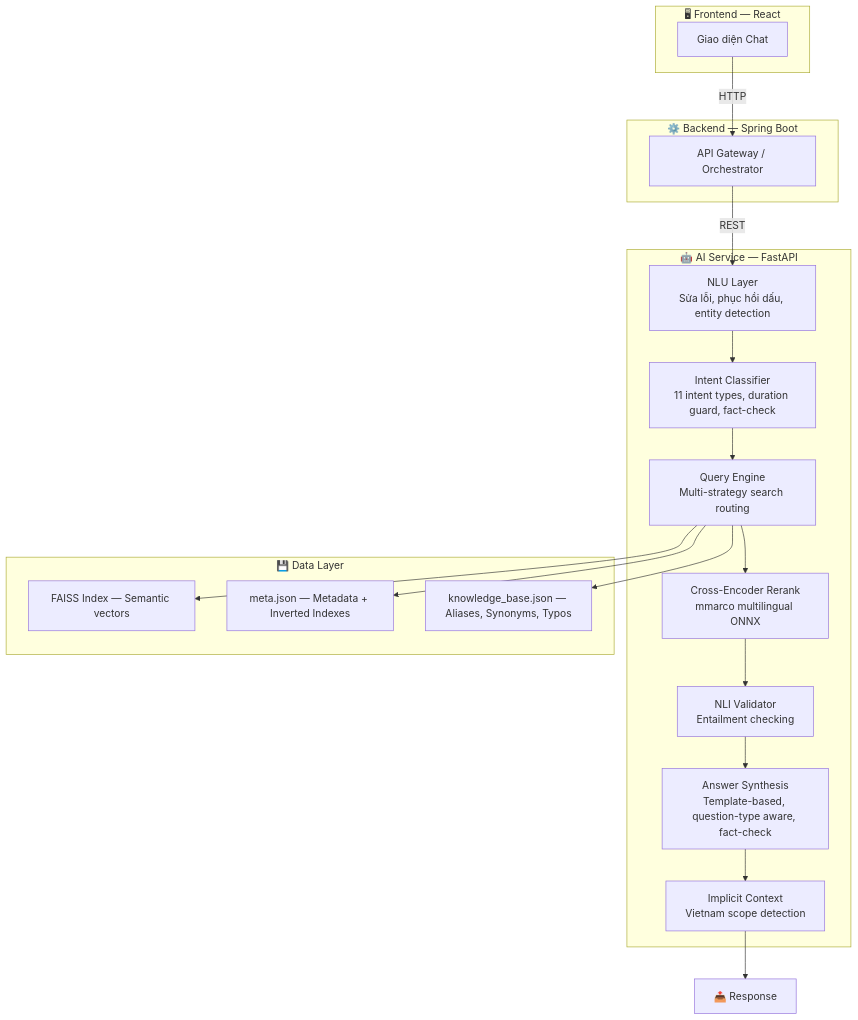
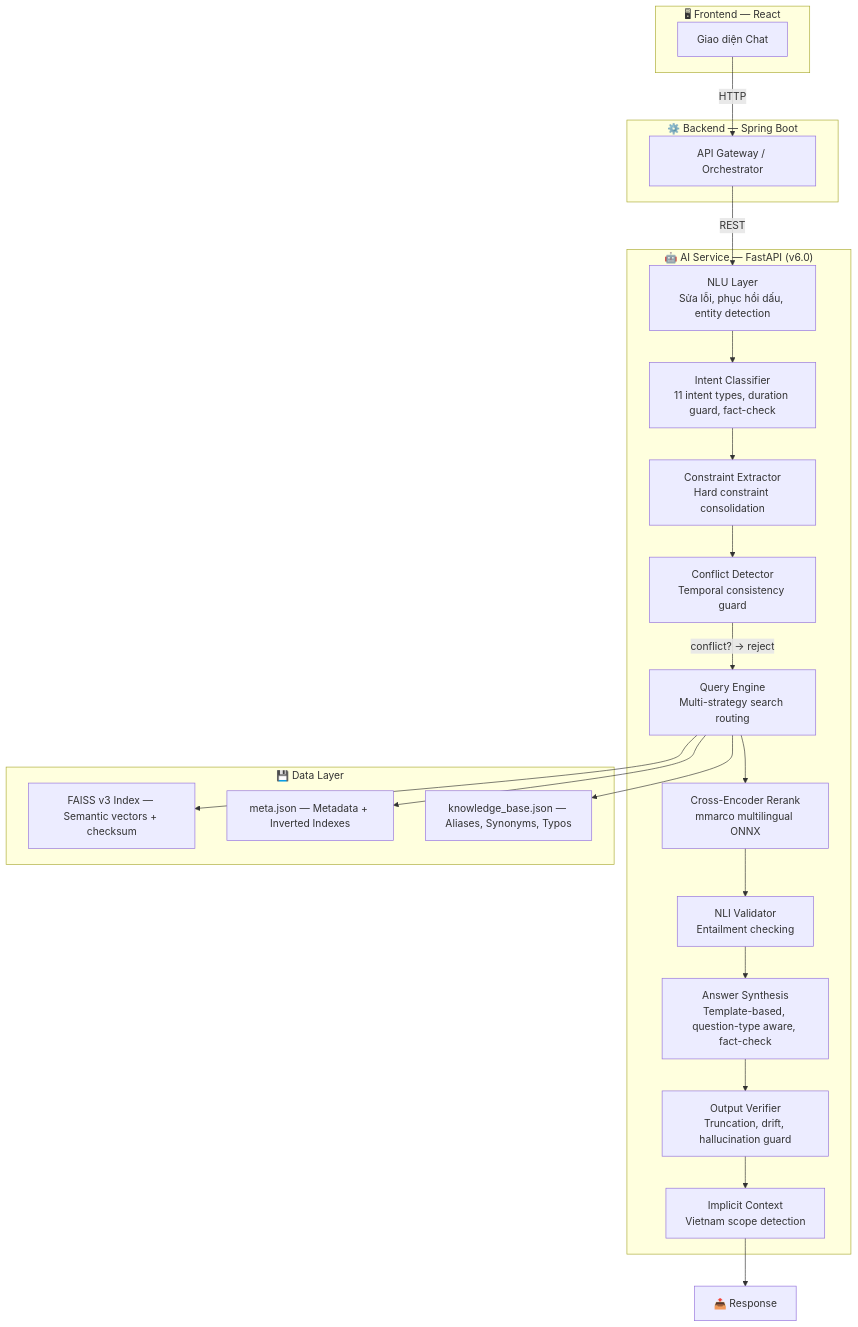
One commit to HistoryMindAI/vietnam_history_dataset changed the first of 3 diagrams in README.md. Above: the diagram before and after it, drawn with Mermaid. The commit also changed other lines of this file and 42 other files, not shown here.

First line of the commit message:
feat: Production-Grade Engine V2 - Hybrid Retriever, Temporal Engine, Self-Verification, KG Schema, Evaluation Framework

````diff
--- a/README.md
+++ b/README.md
@@ -79,37 +80,43 @@
 ```mermaid
 graph TD
     subgraph "🖥 Frontend — React"
         A["Giao diện Chat"]
     end
 
     subgraph "⚙️ Backend — Spring Boot"
         B["API Gateway / Orchestrator"]
     end
 
-    subgraph "🤖 AI Service — FastAPI"
+    subgraph "🤖 AI Service — FastAPI (v6.0)"
         NLU["NLU Layer<br/>Sửa lỗi, phục hồi dấu, entity detection"]
         IC["Intent Classifier<br/>11 intent types, duration guard, fact-check"]
+        CE_EXT["Constraint Extractor<br/>Hard constraint consolidation"]
+        CD["Conflict Detector<br/>Temporal consistency guard"]
         ENGINE["Query Engine<br/>Multi-strategy search routing"]
         CE["Cross-Encoder Rerank<br/>mmarco multilingual ONNX"]
         NLI["NLI Validator<br/>Entailment checking"]
         AS["Answer Synthesis<br/>Template-based, question-type aware, fact-check"]
+        GR["Output Verifier<br/>Truncation, drift, hallucination guard"]
         CTX["Implicit Context<br/>Vietnam scope detection"]
     end
 
     subgraph "💾 Data Layer"
-        D1["FAISS Index — Semantic vectors"]
+        D1["FAISS v3 Index — Semantic vectors + checksum"]
         D2["meta.json — Metadata + Inverted Indexes"]
         D3["knowledge_base.json — Aliases, Synonyms, Typos"]
     end
 
     A -- "HTTP" --> B
     B -- "REST" --> NLU
     NLU --> IC
-    IC --> ENGINE
+    IC --> CE_EXT
+    CE_EXT --> CD
+    CD -->|"conflict? → reject"| ENGINE
     ENGINE --> D1 & D2 & D3
     ENGINE --> CE
     CE --> NLI
     NLI --> AS
-    AS --> CTX
+    AS --> GR
+    GR --> CTX
     CTX --> FORMAT["📤 Response"]
 ```
````
